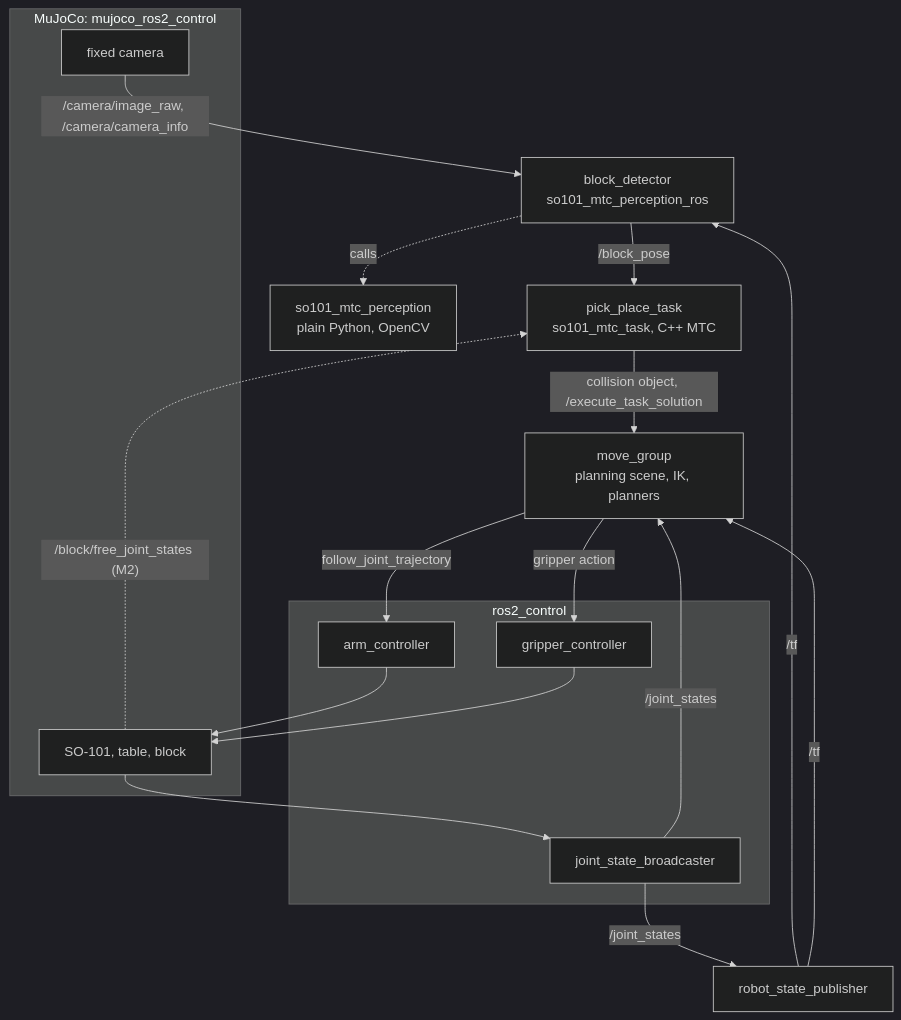
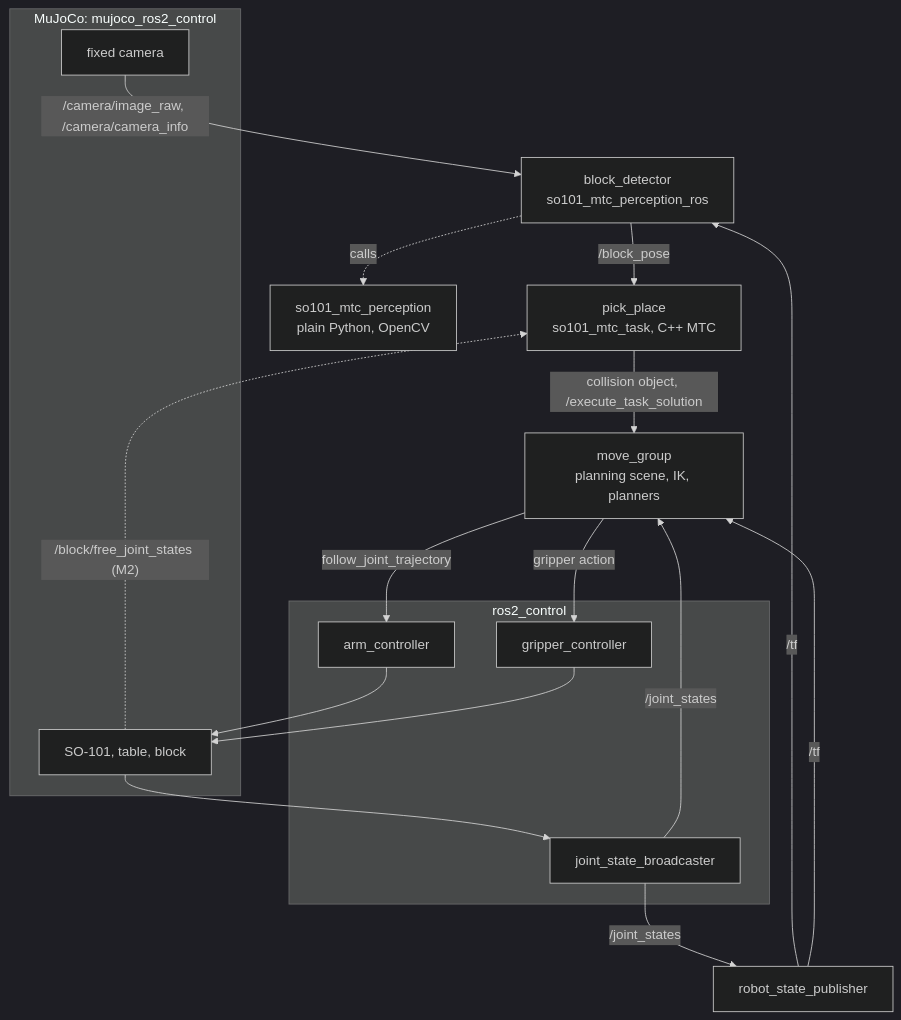
The first of 2 diagrams in docs/architecture.md (PiotrKonopkaRobotyka/so101_mtc), drawn with Mermaid (dark theme) before and after one commit. The commit also changed other lines of this file and 18 other files, not shown here.

First line of the commit message:
ROB-52: so101_mtc_task: the MTC pick and place node from the block's true pose

````diff
--- a/docs/architecture.md
+++ b/docs/architecture.md
@@ -13,32 +14,32 @@
 ```mermaid
 flowchart TB
   subgraph SIM["MuJoCo: mujoco_ros2_control"]
     CAM["fixed camera"]
     SCENE["SO-101, table, block"]
   end
   DET["block_detector<br/>so101_mtc_perception_ros"]
   CORE["so101_mtc_perception<br/>plain Python, OpenCV"]
-  TASK["pick_place_task<br/>so101_mtc_task, C++ MTC"]
+  TASK["pick_place<br/>so101_mtc_task, C++ MTC"]
   MG["move_group<br/>planning scene, IK, planners"]
   subgraph CTRL["ros2_control"]
     ARM["arm_controller"]
     GRIP["gripper_controller"]
     JSB["joint_state_broadcaster"]
   end
   RSP["robot_state_publisher"]
 
   CAM -->|"/camera/image_raw, /camera/camera_info"| DET
   DET -.->|"calls"| CORE
   DET -->|"/block_pose"| TASK
   SCENE -.->|"/block/free_joint_states (M2)"| TASK
   TASK -->|"collision object, /execute_task_solution"| MG
   MG -->|"follow_joint_trajectory"| ARM
   MG -->|"gripper action"| GRIP
   ARM --> SCENE
   GRIP --> SCENE
   SCENE --> JSB
   JSB -->|"/joint_states"| RSP
   JSB -->|"/joint_states"| MG
   RSP -->|"/tf"| DET
   RSP -->|"/tf"| MG
 ```
````
